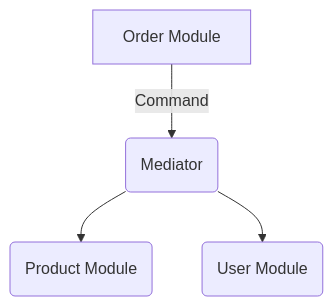
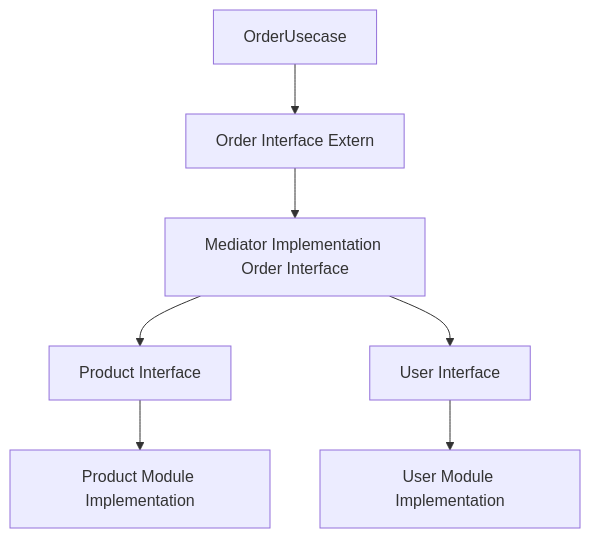
Before and after one commit to Catrofe/monolitic-app-study: the diagram in README.md, drawn with Mermaid. The commit also changed other lines of this file, not shown here.

````diff
--- a/README.md
+++ b/README.md
@@ -25,6 +25,9 @@
 ```mermaid
 graph TD
-    A[Order Module] -- Command --> B(Mediator)
-    B --> C(Product Module)
-    B --> D(User Module)
+    A[OrderUsecase] --> B[Order Interface Extern]
+    B --> C[Mediator Implementation Order Interface]
+    C --> D[Product Interface]
+    C --> E[User Interface]
+    D --> F[Product Module Implementation]
+    E --> G[User Module Implementation]
 ```
````
